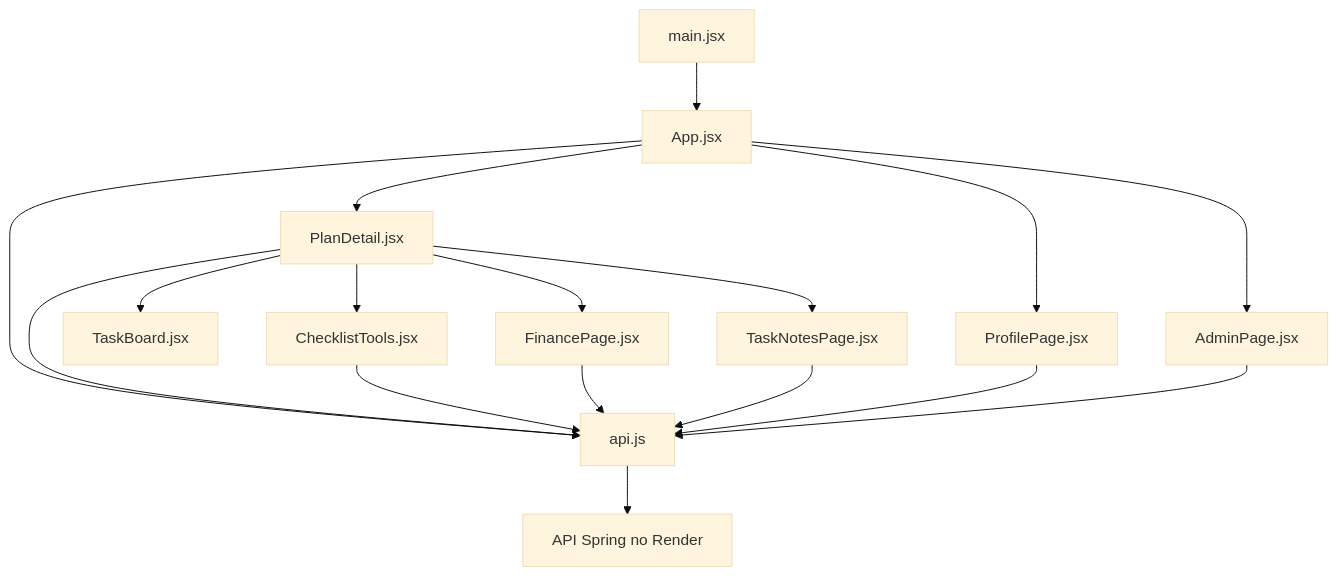
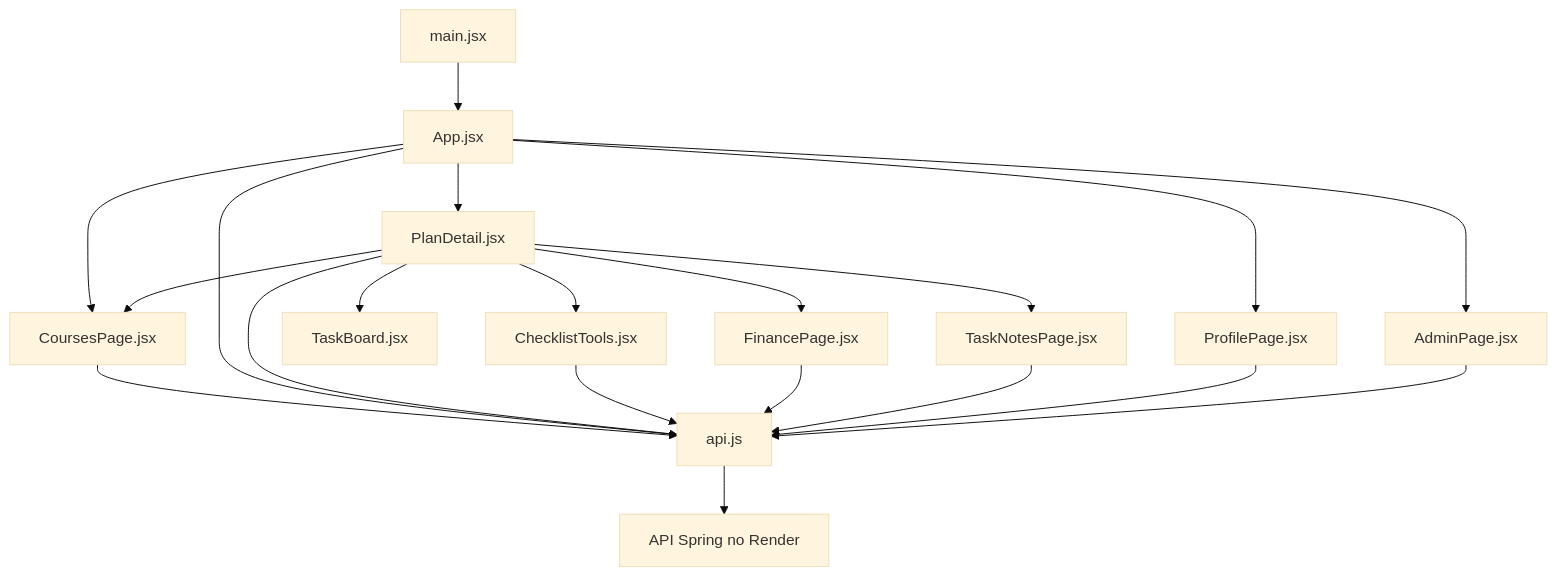
One commit to RafaSantos398/FrontEnd_zambas changed the diagram in docs/GUIA-FRONTEND.md. Above: the diagram before and after it, drawn with Mermaid (base theme). The commit also changed other lines of this file and 7 other files, not shown here.

````diff
--- a/docs/GUIA-FRONTEND.md
+++ b/docs/GUIA-FRONTEND.md
@@ -30,19 +31,22 @@
 ```mermaid
 flowchart TD
     Main[main.jsx] --> App[App.jsx]
     App --> Plan[PlanDetail.jsx]
+    App --> Courses[CoursesPage.jsx]
+    Plan --> Courses
+    Courses --> API
     App --> Profile[ProfilePage.jsx]
     App --> Admin[AdminPage.jsx]
     Plan --> Board[TaskBoard.jsx]
     Plan --> Tools[ChecklistTools.jsx]
     Plan --> Finance[FinancePage.jsx]
     Plan --> Notes[TaskNotesPage.jsx]
     App --> API[api.js]
     Plan --> API
     Tools --> API
     Finance --> API
     Notes --> API
     Profile --> API
     Admin --> API
     API --> Backend[API Spring no Render]
 ```
````
